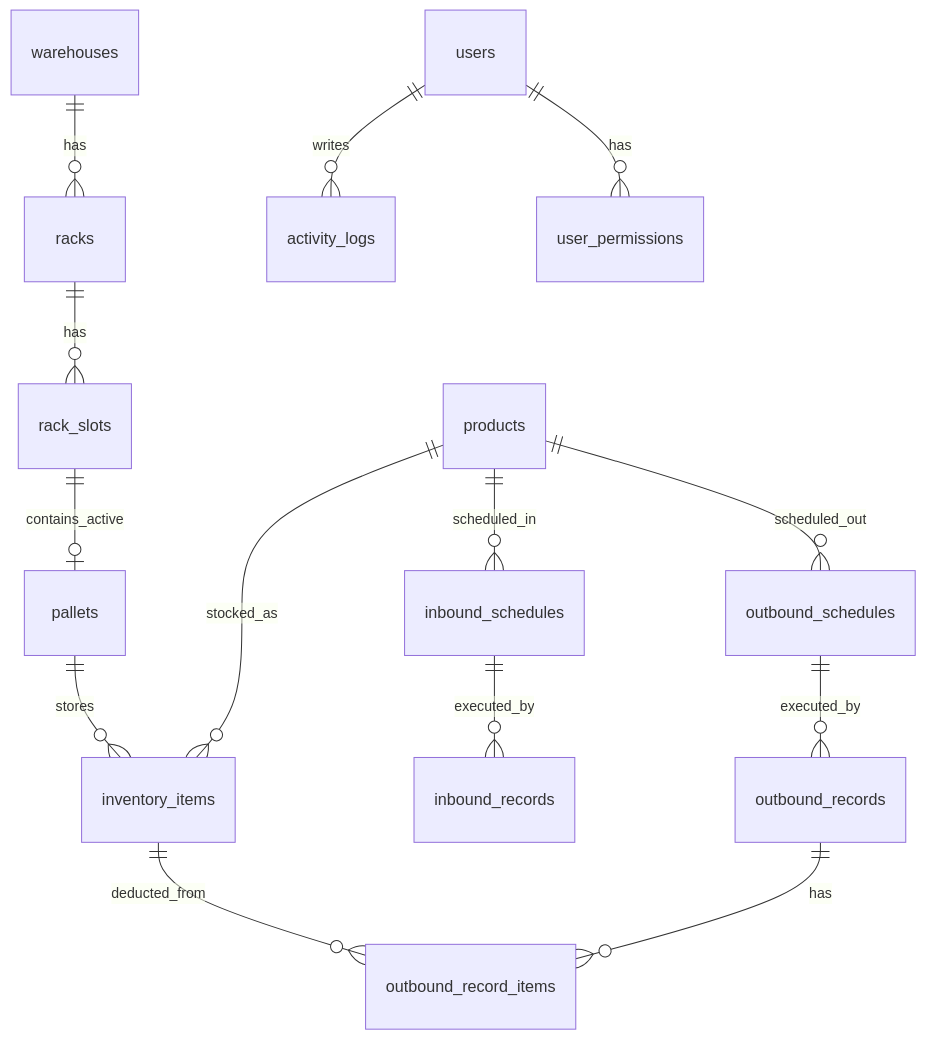
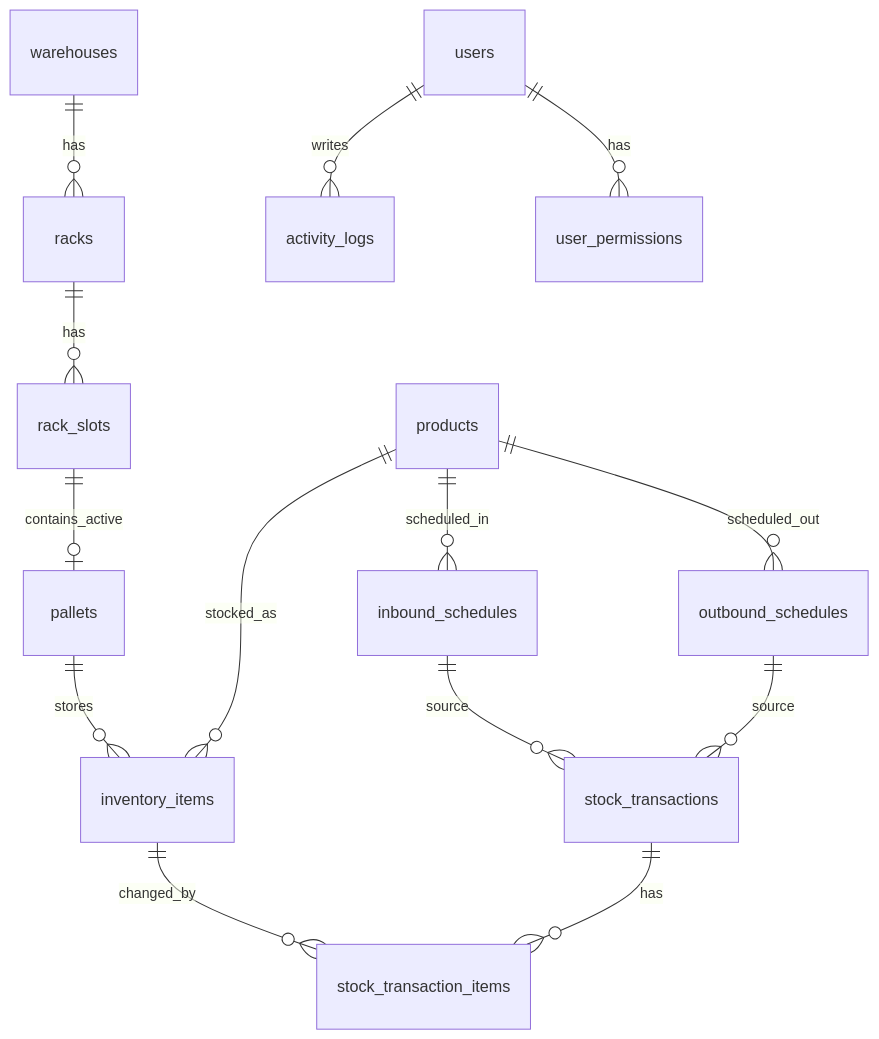
Before and after one commit to yousung/rns-ynk: the diagram in docs/db-design.md, drawn with Mermaid. The commit also changed other lines of this file and 1 other file, not shown here.

Commit message:
fix: 입고, 출고 이력을 stock_transactions 테이블로 통일하고 stock_transaction_items 에 실행 이력 상세를 저장

````diff
--- a/docs/db-design.md
+++ b/docs/db-design.md
@@ -40,16 +38,16 @@
 ```mermaid
 erDiagram
   warehouses ||--o{ racks : has
   racks ||--o{ rack_slots : has
   rack_slots ||--o| pallets : contains_active
   pallets ||--o{ inventory_items : stores
   products ||--o{ inventory_items : stocked_as
   products ||--o{ inbound_schedules : scheduled_in
   products ||--o{ outbound_schedules : scheduled_out
-  inbound_schedules ||--o{ inbound_records : executed_by
-  outbound_schedules ||--o{ outbound_records : executed_by
-  outbound_records ||--o{ outbound_record_items : has
-  inventory_items ||--o{ outbound_record_items : deducted_from
+  inbound_schedules ||--o{ stock_transactions : source
+  outbound_schedules ||--o{ stock_transactions : source
+  stock_transactions ||--o{ stock_transaction_items : has
+  inventory_items ||--o{ stock_transaction_items : changed_by
   users ||--o{ activity_logs : writes
   users ||--o{ user_permissions : has
 ```
````
